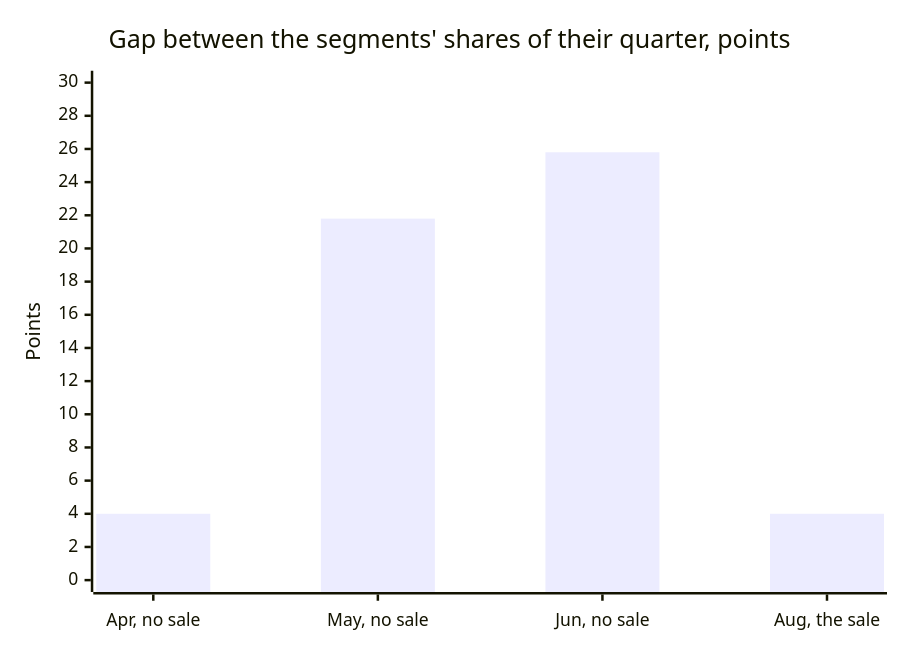
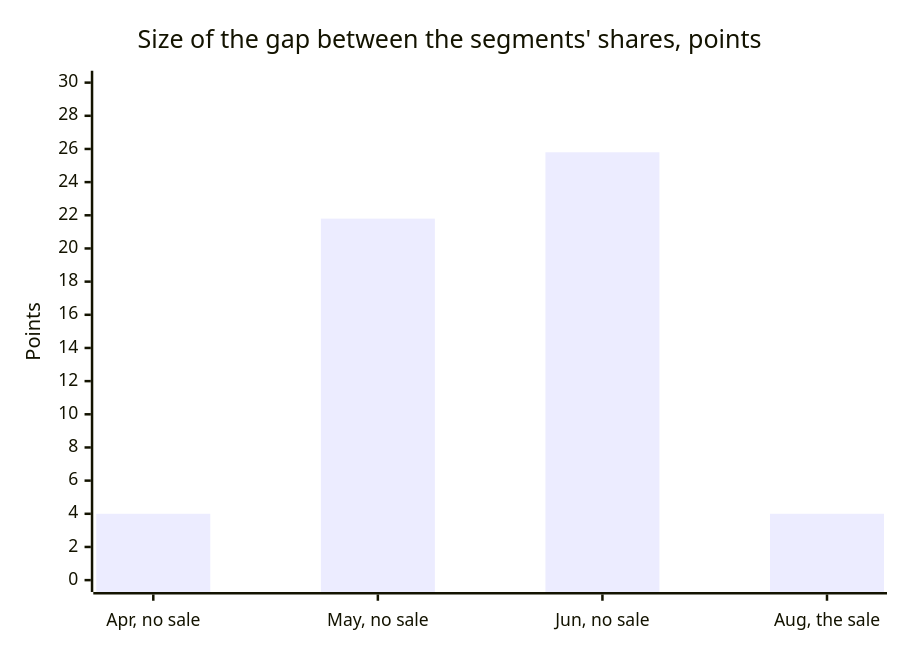
One commit to fde-academy-lab/c2-content-factory changed the sixth of 12 diagrams in content/W01/D4/slides/C2_W01_D04_half2_STUDENT.md. Above: the diagram before and after it, drawn with Mermaid. The commit also changed other lines of this file and 2 other files, not shown here.

````diff
--- a/content/W01/D4/slides/C2_W01_D04_half2_STUDENT.md
+++ b/content/W01/D4/slides/C2_W01_D04_half2_STUDENT.md
@@ -320,7 +322,7 @@
 ```mermaid
 xychart-beta
-    title "Gap between the segments' shares of their quarter, points"
+    title "Size of the gap between the segments' shares, points"
     x-axis ["Apr, no sale", "May, no sale", "Jun, no sale", "Aug, the sale"]
     y-axis "Points" 0 --> 30
     bar [4.0, 21.8, 25.8, 4.0]
 ```
````
